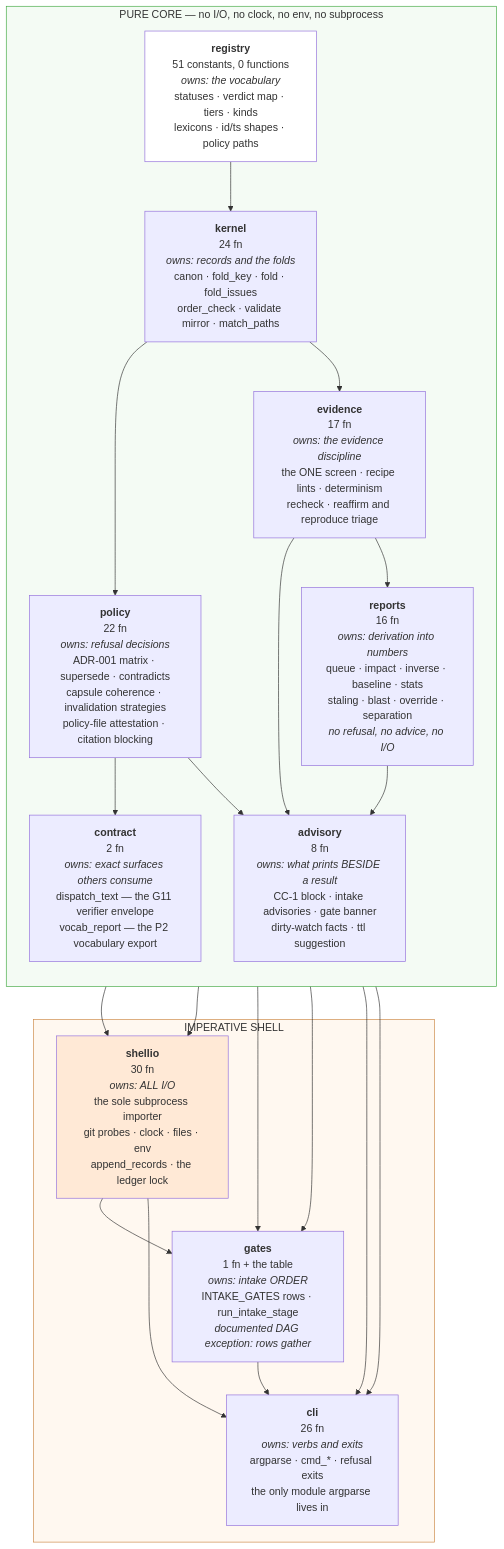
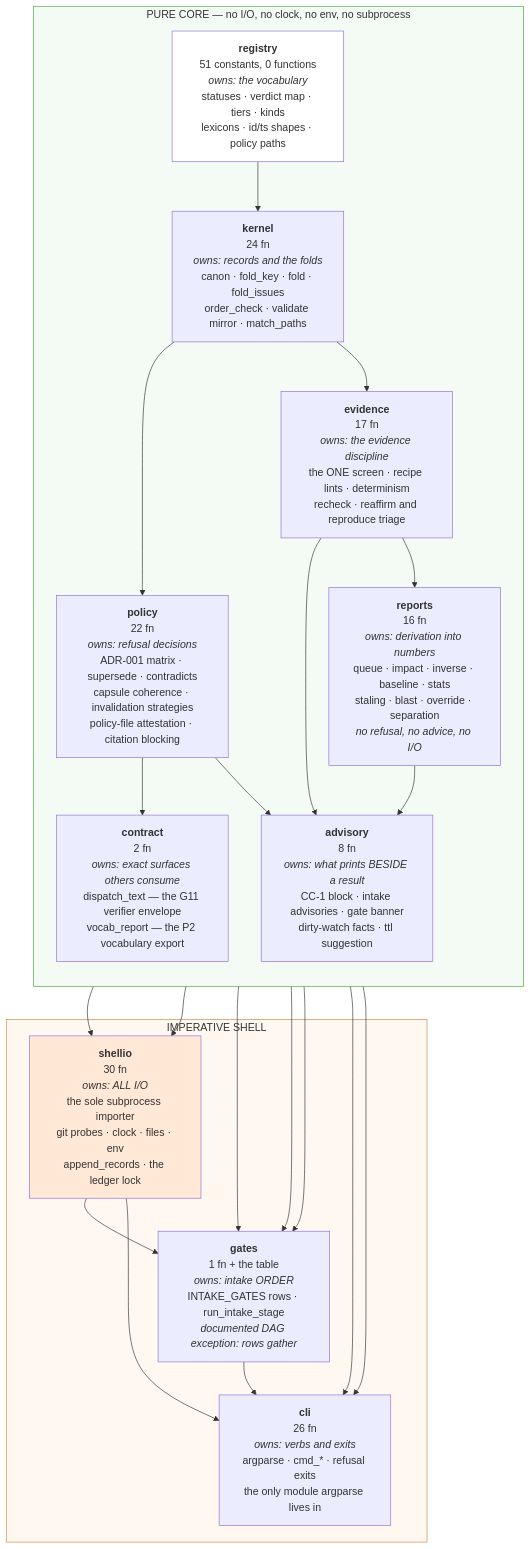
The first of 3 diagrams in template/docs/structure.md (m1981/truth-ledger), drawn with Mermaid before and after one commit. The commit also changed 5 other files, not shown here.

````diff
--- a/template/docs/structure.md
+++ b/template/docs/structure.md
@@ -42,42 +42,43 @@
 ```mermaid
 flowchart TB
     subgraph PURE["PURE CORE — no I/O, no clock, no env, no subprocess"]
         direction TB
         REG["<b>registry</b><br/>51 constants, 0 functions<br/><i>owns: the vocabulary</i><br/>statuses · verdict map · tiers · kinds<br/>lexicons · id/ts shapes · policy paths"]
         KER["<b>kernel</b><br/>24 fn<br/><i>owns: records and the folds</i><br/>canon · fold_key · fold · fold_issues<br/>order_check · validate mirror · match_paths"]
         EVI["<b>evidence</b><br/>17 fn<br/><i>owns: the evidence discipline</i><br/>the ONE screen · recipe lints · determinism<br/>recheck · reaffirm and reproduce triage"]
         POL["<b>policy</b><br/>22 fn<br/><i>owns: refusal decisions</i><br/>ADR-001 matrix · supersede · contradicts<br/>capsule coherence · invalidation strategies<br/>policy-file attestation · citation blocking"]
         REP["<b>reports</b><br/>16 fn<br/><i>owns: derivation into numbers</i><br/>queue · impact · inverse · baseline · stats<br/>staling · blast · override · separation<br/><i>no refusal, no advice, no I/O</i>"]
         CON["<b>contract</b><br/>2 fn<br/><i>owns: exact surfaces others consume</i><br/>dispatch_text — the G11 verifier envelope<br/>vocab_report — the P2 vocabulary export"]
         ADV["<b>advisory</b><br/>8 fn<br/><i>owns: what prints BESIDE a result</i><br/>CC-1 block · intake advisories · gate banner<br/>dirty-watch facts · ttl suggestion"]
     end
 
     subgraph EDGE["IMPERATIVE SHELL"]
         SIO["<b>shellio</b><br/>30 fn<br/><i>owns: ALL I/O</i><br/>the sole subprocess importer<br/>git probes · clock · files · env<br/>append_records · the ledger lock"]
         GAT["<b>gates</b><br/>1 fn + the table<br/><i>owns: intake ORDER</i><br/>INTAKE_GATES rows · run_intake_stage<br/><i>documented DAG exception: rows gather</i>"]
         CLI["<b>cli</b><br/>26 fn<br/><i>owns: verbs and exits</i><br/>argparse · cmd_* · refusal exits<br/>the only module argparse lives in"]
     end
 
     REG --> KER
     KER --> EVI
     KER --> POL
     EVI --> REP
     POL --> CON
     REP --> ADV
     EVI --> ADV
     POL --> ADV
     KER --> SIO
     REG --> SIO
     POL --> GAT
+    REP --> GAT
     EVI --> GAT
     SIO --> GAT
     ADV --> CLI
     CON --> CLI
     GAT --> CLI
     SIO --> CLI
 
     style PURE fill:#f4fbf4,stroke:#4a4
     style EDGE fill:#fff8f0,stroke:#c84
     style REG fill:#fff
     style SIO fill:#ffe9d6
 ```
````
